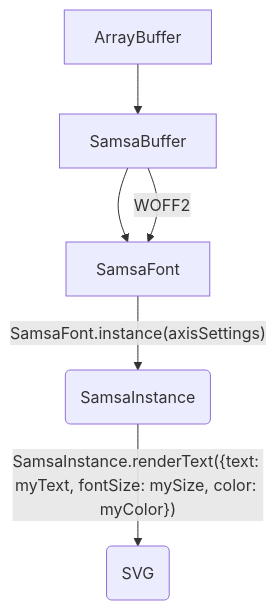
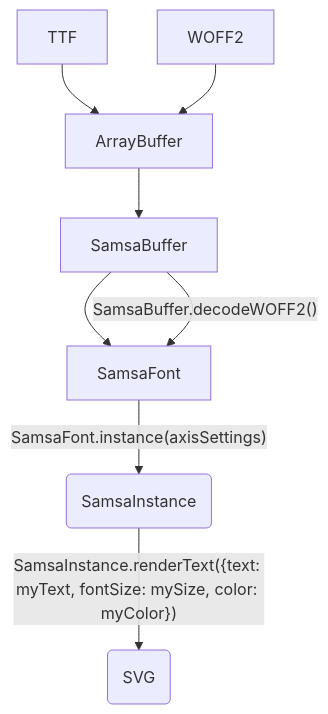
The diagram in README.md (Lorp/samsa-core), drawn with Mermaid before and after one commit. The commit also changed other lines of this file, not shown here.

````diff
--- a/README.md
+++ b/README.md
@@ -22,8 +46,10 @@
 ```mermaid
 flowchart TD
+    F1[TTF] --> A[ArrayBuffer]
+    F2[WOFF2] --> A[ArrayBuffer]
     A[ArrayBuffer] --> B[SamsaBuffer]
-    B --> D[SamsaFont]
-    B[SamsaBuffer] --> |WOFF2| D[SamsaFont]
-    D --> |"SamsaFont.instance(axisSettings)"| E(SamsaInstance)
-    E --> |"SamsaInstance.renderText({text: myText, fontSize: mySize, color: myColor})"| F(SVG)
+    B --> C[SamsaFont]
+    B[SamsaBuffer] --> |"SamsaBuffer.decodeWOFF2()"| C[SamsaFont]
+    C --> |"SamsaFont.instance(axisSettings)"| D(SamsaInstance)
+    D --> |"SamsaInstance.renderText({text: myText, fontSize: mySize, color: myColor})"| E(SVG)
 ```
````
